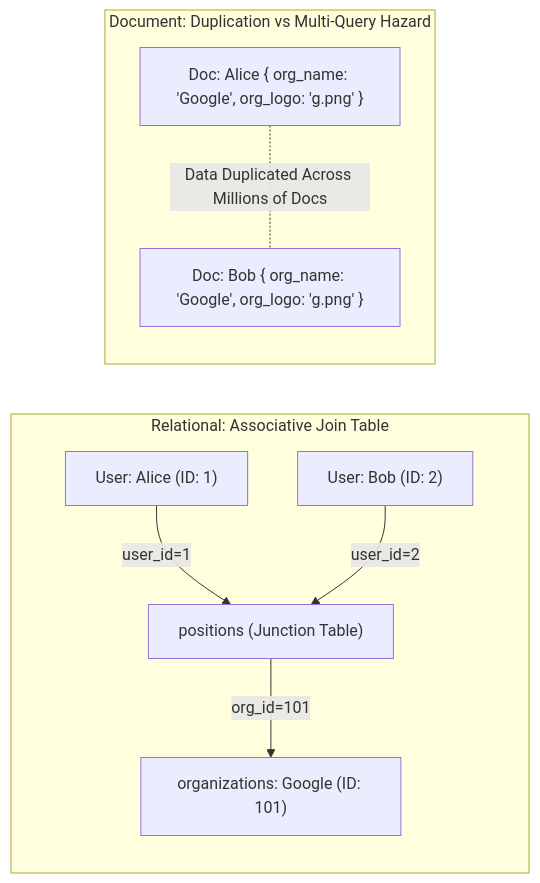
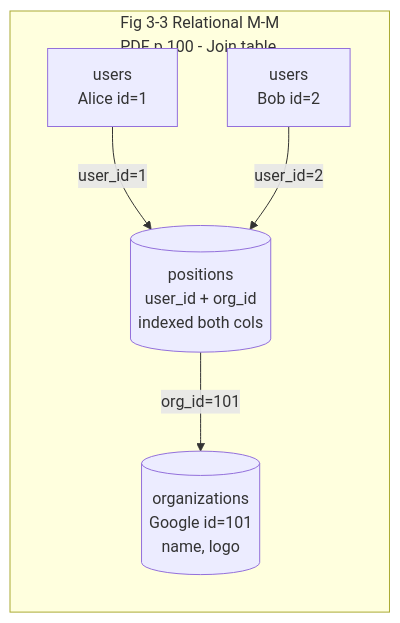
One commit to 1mimhe/books-summery changed the third of 9 diagrams in 01 Designing Data-Intensive Applications/chapter-03-data-models-and-query-languages.md. Above: the diagram before and after it, drawn with Mermaid. The commit also changed other lines of this file and 2 other files, not shown here.

Commit message:
docs(book01): forensic rewrite ch01-03 (serverless/HPC, 6-fig split, GraphQL/DataFrames/Turtle, figs 3-7/3-9)

````diff
--- a/01 Designing Data-Intensive Applications/chapter-03-data-models-and-query-languages.md
+++ b/01 Designing Data-Intensive Applications/chapter-03-data-models-and-query-languages.md
@@ -207,20 +423,13 @@
 ```mermaid
 flowchart LR
-  subgraph SG_REL["Relational: Associative Join Table"]
+  subgraph SG_F33["Fig 3-3 Relational M-M<br/>PDF p.100 - Join table"]
     direction TB
-    U1["User: Alice (ID: 1)"]
-    U2["User: Bob (ID: 2)"]
-    JOIN["positions (Junction Table)"]
-    ORG["organizations: Google (ID: 101)"]
-    U1 -->|"user_id=1"| JOIN
-    U2 -->|"user_id=2"| JOIN
-    JOIN -->|"org_id=101"| ORG
-  end
-
-  subgraph SG_DOC["Document: Duplication vs Multi-Query Hazard"]
-    direction TB
-    D1["Doc: Alice { org_name: 'Google', org_logo: 'g.png' }"]
-    D2["Doc: Bob { org_name: 'Google', org_logo: 'g.png' }"]
-    D1 -. "Data Duplicated Across Millions of Docs" .- D2
+    UA["users<br/>Alice id=1"]
+    UB["users<br/>Bob id=2"]
+    J[("positions<br/>user_id + org_id<br/>indexed both cols")]
+    O[("organizations<br/>Google id=101<br/>name, logo")]
+    UA -->|"user_id=1"| J
+    UB -->|"user_id=2"| J
+    J -->|"org_id=101"| O
   end
 ```
````
